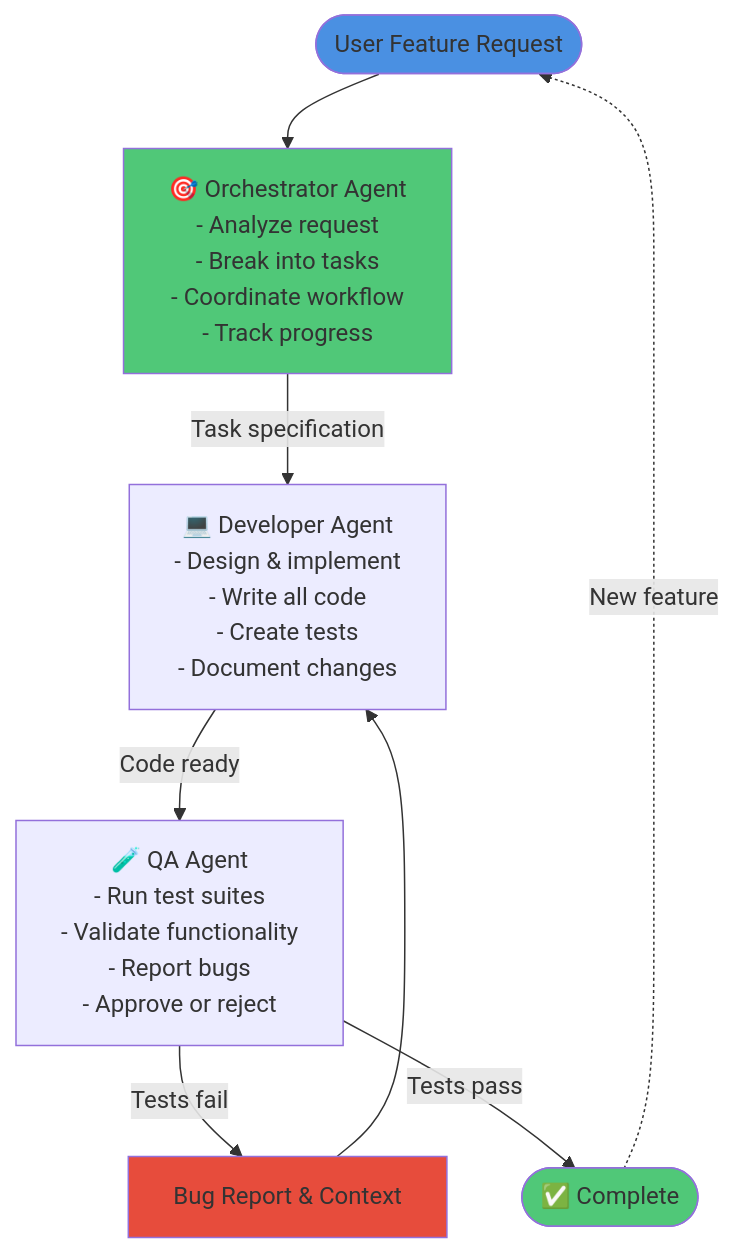
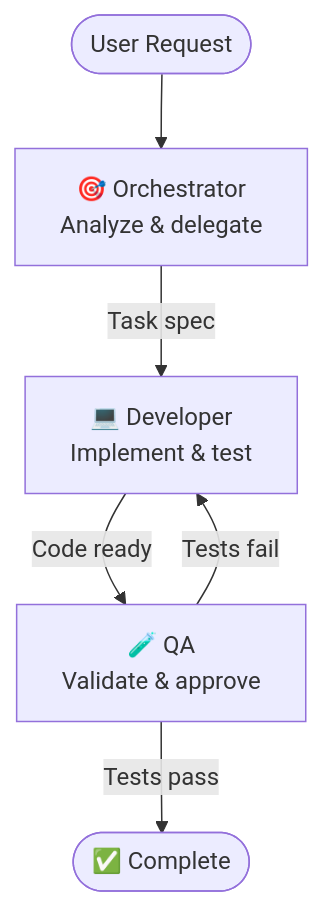
One commit to andisab/casdk-harness changed the diagram in docs/IMPLEMENTATION.md. Above: the diagram before and after it, drawn with Mermaid. The commit also changed other lines of this file and 14 other files, not shown here.

````diff
--- a/docs/IMPLEMENTATION.md
+++ b/docs/IMPLEMENTATION.md
@@ -57,22 +98,8 @@
 ```mermaid
 graph TB
-    Start([User Feature Request]) --> Orchestrator
-
-    Orchestrator[🎯 Orchestrator Agent<br/>- Analyze request<br/>- Break into tasks<br/>- Coordinate workflow<br/>- Track progress]
-
-    Orchestrator -->|Task specification| Dev[💻 Developer Agent<br/>- Design & implement<br/>- Write all code<br/>- Create tests<br/>- Document changes]
-
-    Dev -->|Code ready| QA[🧪 QA Agent<br/>- Run test suites<br/>- Validate functionality<br/>- Report bugs<br/>- Approve or reject]
-
-    QA -->|Tests fail| Feedback[Bug Report & Context]
-    Feedback --> Dev
-
+    Start([User Request]) --> Orchestrator
+    Orchestrator[🎯 Orchestrator<br/>Analyze & delegate] -->|Task spec| Dev[💻 Developer<br/>Implement & test]
+    Dev -->|Code ready| QA[🧪 QA<br/>Validate & approve]
+    QA -->|Tests fail| Dev
     QA -->|Tests pass| Complete([✅ Complete])
-
-    Complete -.->|New feature| Start
-
-    style Start fill:#4A90E2
-    style Orchestrator fill:#50C878
-    style Complete fill:#50C878
-    style Feedback fill:#E74C3C
 ```
````
